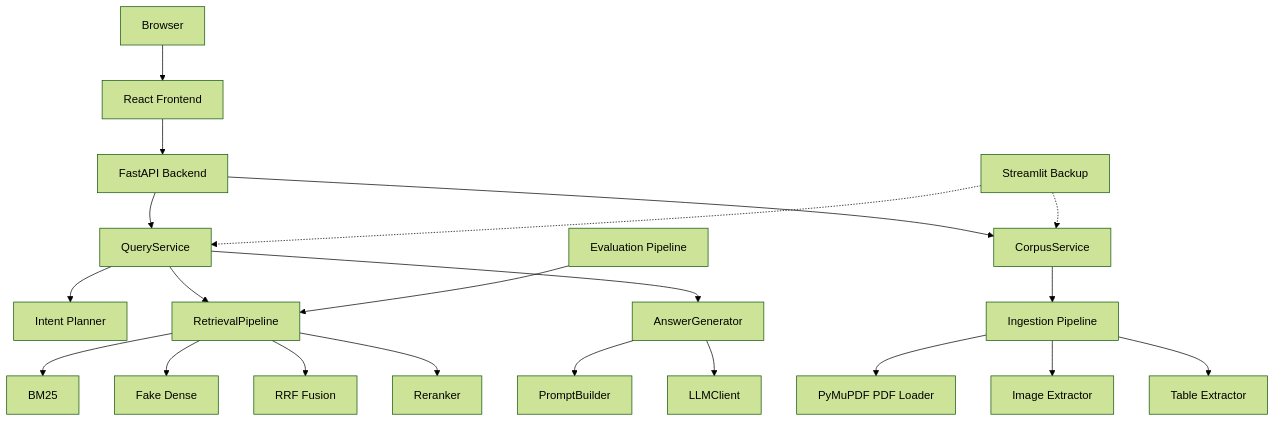
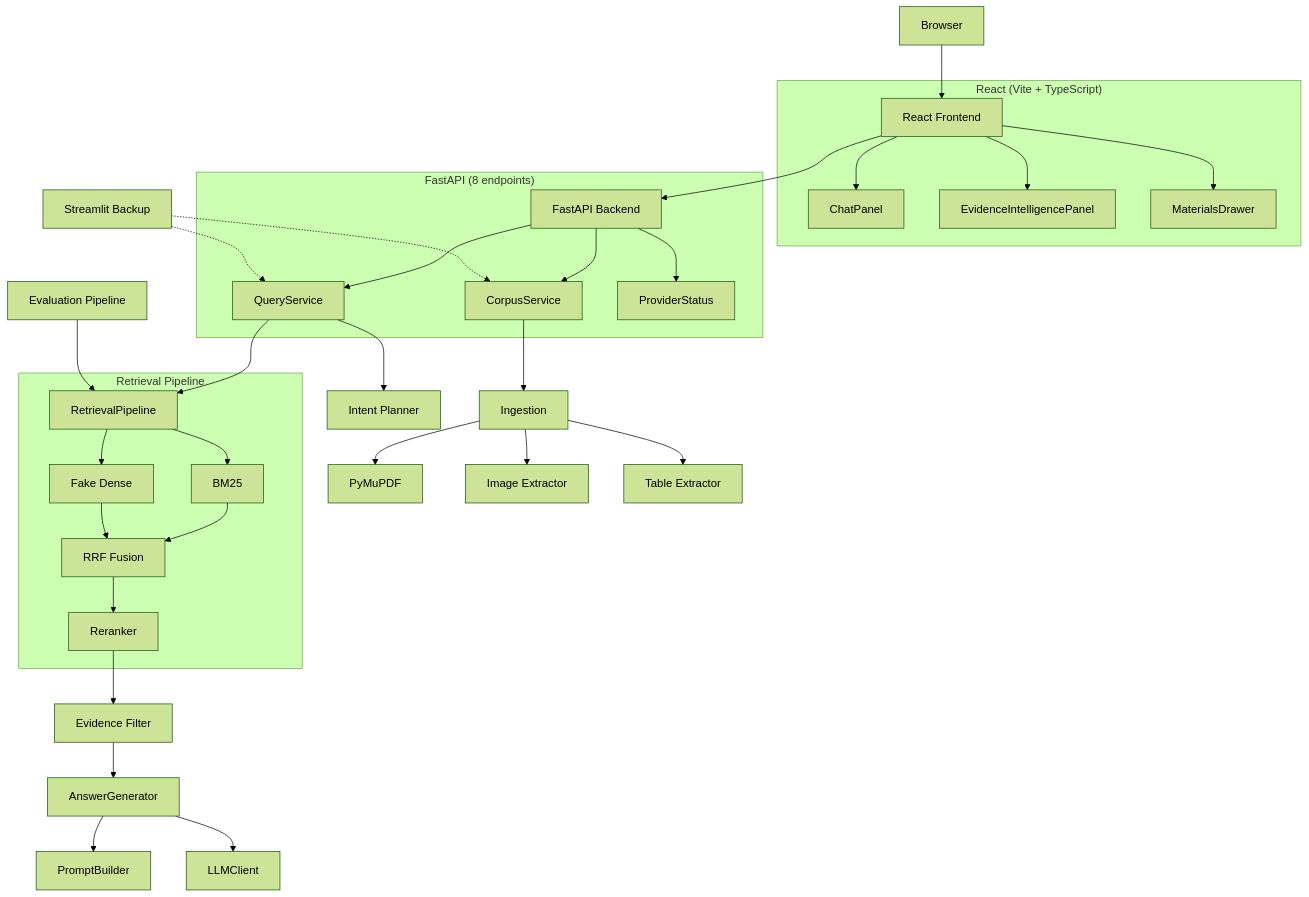
The first of 3 diagrams in docs/SYSTEM_ARCHITECTURE.md (AEAQA/Multi-Evidence-RAG-Course-Assistant), drawn with Mermaid (forest theme) before and after one commit. The commit also changed other lines of this file and 8 other files, not shown here.

````diff
--- a/docs/SYSTEM_ARCHITECTURE.md
+++ b/docs/SYSTEM_ARCHITECTURE.md
@@ -7,23 +18,43 @@
 ```mermaid
 graph TB
     USER["Browser"] --> REACT["React Frontend"]
+
+    subgraph FRONTEND["React (Vite + TypeScript)"]
+        REACT --> CHAT["ChatPanel"]
+        REACT --> EIP["EvidenceIntelligencePanel"]
+        REACT --> MAT["MaterialsDrawer"]
+    end
+
     REACT --> API["FastAPI Backend"]
-    API --> QS["QueryService"]
-    API --> CS["CorpusService"]
+
+    subgraph BACKEND["FastAPI (8 endpoints)"]
+        API --> QS["QueryService"]
+        API --> CS["CorpusService"]
+        API --> PS["ProviderStatus"]
+    end
+
     QS --> IP["Intent Planner"]
     QS --> RP["RetrievalPipeline"]
-    RP --> BM["BM25"]
-    RP --> DE["Fake Dense"]
-    RP --> FUS["RRF Fusion"]
-    RP --> RER["Reranker"]
-    QS --> AG["AnswerGenerator"]
+
+    subgraph RETRIEVAL["Retrieval Pipeline"]
+        RP --> BM["BM25"]
+        RP --> DE["Fake Dense"]
+        BM --> FUS["RRF Fusion"]
+        DE --> FUS
+        FUS --> RER["Reranker"]
+    end
+
+    RER --> FILTER["Evidence Filter"]
+    FILTER --> AG["AnswerGenerator"]
     AG --> PB["PromptBuilder"]
     AG --> LLM["LLMClient"]
-    CS --> ING["Ingestion Pipeline"]
-    ING --> PDF["PyMuPDF PDF Loader"]
+
+    CS --> ING["Ingestion"]
+    ING --> PDF["PyMuPDF"]
     ING --> IMG["Image Extractor"]
     ING --> TBL["Table Extractor"]
+
     EVAL["Evaluation Pipeline"] --> RP
     ST["Streamlit Backup"] -.-> QS
     ST -.-> CS
 ```
````
